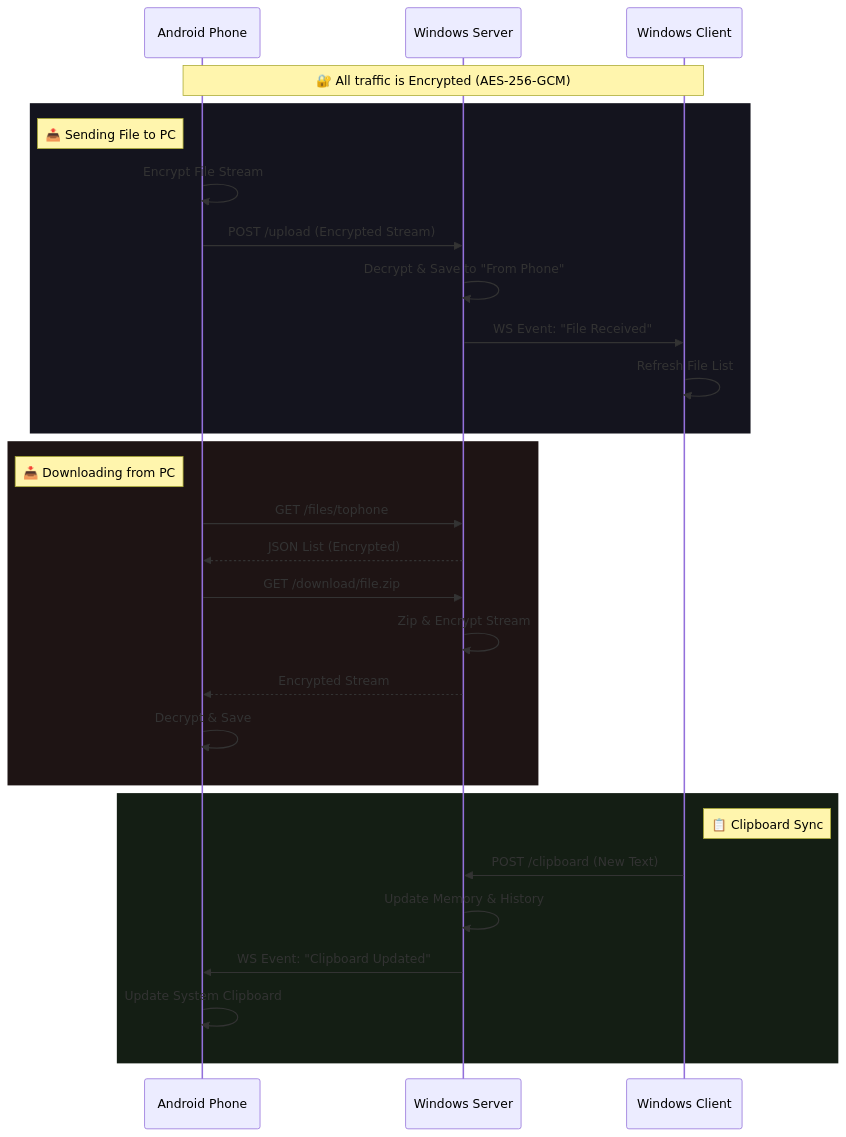
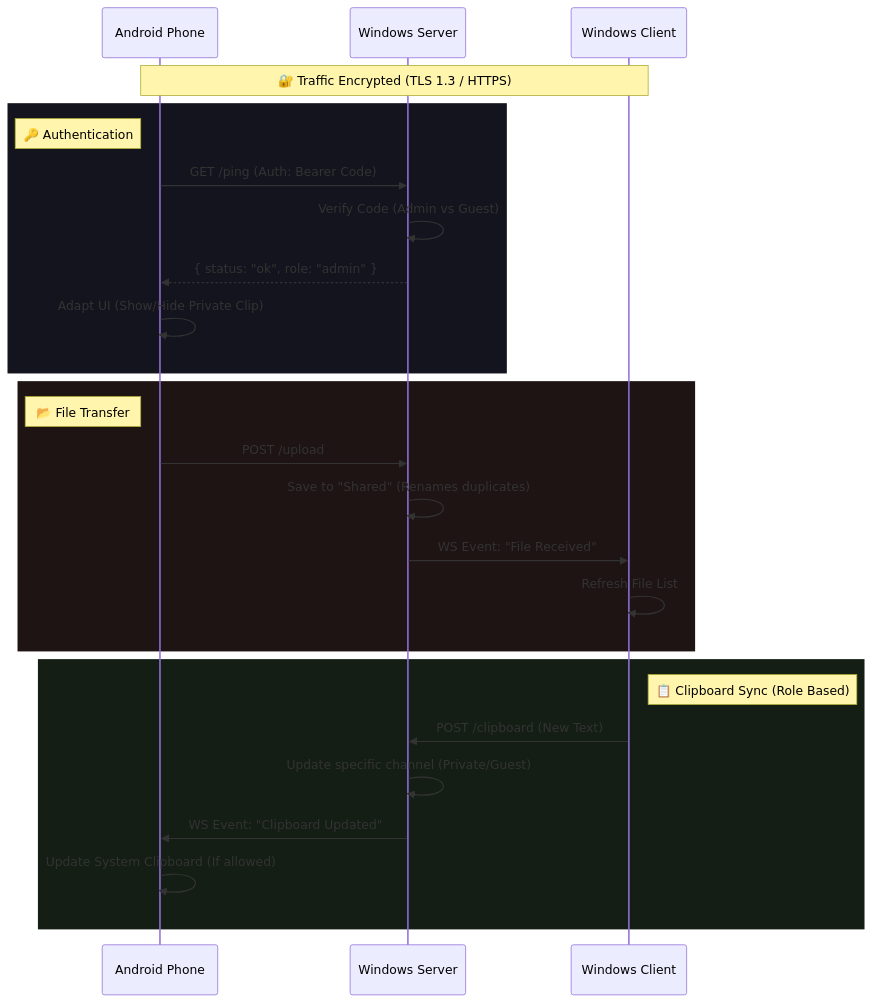
Before and after one commit to Kush-Singh-26/k-share: the first of 2 diagrams in README.md, drawn with Mermaid. The commit also changed other lines of this file and 19 other files, not shown here.

Commit message:
upgraded to new shared folder arch. , https, admin and guest role

````diff
--- a/README.md
+++ b/README.md
@@ -50,35 +50,32 @@
 ```mermaid
 sequenceDiagram
     participant A as Android Phone
     participant S as Windows Server
     participant C as Windows Client
 
-    Note over A,C: 🔐 All traffic is Encrypted (AES-256-GCM)
+    Note over A,C: 🔐 Traffic Encrypted (TLS 1.3 / HTTPS)
 
     rect rgb(20, 20, 30)
-        Note left of A: 📤 Sending File to PC
-        A->>A: Encrypt File Stream
-        A->>S: POST /upload (Encrypted Stream)
-        S->>S: Decrypt & Save to "From Phone"
+        Note left of A: 🔑 Authentication
+        A->>S: GET /ping (Auth: Bearer Code)
+        S->>S: Verify Code (Admin vs Guest)
+        S-->>A: { status: "ok", role: "admin" }
+        A->>A: Adapt UI (Show/Hide Private Clip)
+    end
+
+    rect rgb(30, 20, 20)
+        Note left of A: 📂 File Transfer
+        A->>S: POST /upload
+        S->>S: Save to "Shared" (Renames duplicates)
         S->>C: WS Event: "File Received"
         C->>C: Refresh File List
     end
 
-    rect rgb(30, 20, 20)
-        Note left of A: 📥 Downloading from PC
-        A->>S: GET /files/tophone
-        S-->>A: JSON List (Encrypted)
-        A->>S: GET /download/file.zip
-        S->>S: Zip & Encrypt Stream
-        S-->>A: Encrypted Stream
-        A->>A: Decrypt & Save
-    end
-
     rect rgb(20, 30, 20)
-        Note right of C: 📋 Clipboard Sync
+        Note right of C: 📋 Clipboard Sync (Role Based)
         C->>S: POST /clipboard (New Text)
-        S->>S: Update Memory & History
+        S->>S: Update specific channel (Private/Guest)
         S->>A: WS Event: "Clipboard Updated"
-        A->>A: Update System Clipboard
+        A->>A: Update System Clipboard (If allowed)
     end
 ```
````
